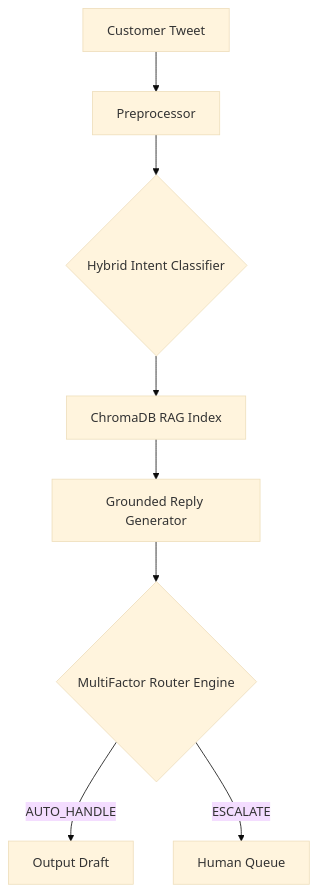
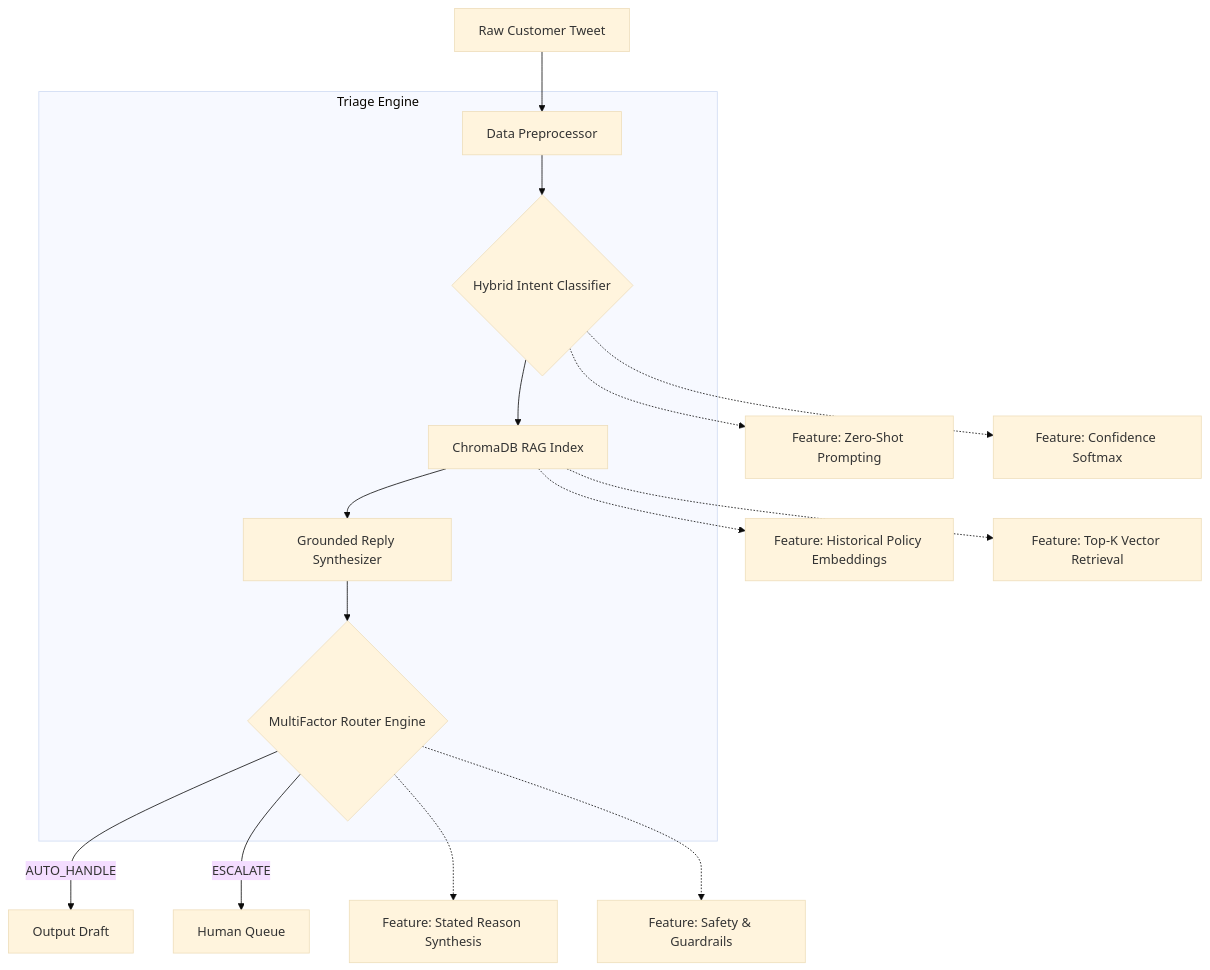
The diagram in README.md (Justinvcj/TripWire), drawn with Mermaid (base theme) before and after one commit. The commit also changed other lines of this file, not shown here.

````diff
--- a/README.md
+++ b/README.md
@@ -37,10 +39,28 @@
 ```mermaid
 flowchart TD
-    A[Customer Tweet] --> B[Preprocessor]
-    B --> C{Hybrid Intent Classifier}
-    C --> D[ChromaDB RAG Index]
-    D --> E[Grounded Reply Generator]
-    E --> F{MultiFactor Router Engine}
+    %% Main Flow
+    A[Raw Customer Tweet] --> B[Data Preprocessor]
+    
+    subgraph Triage Engine
+        B --> C{Hybrid Intent Classifier}
+        C --> D[ChromaDB RAG Index]
+        D --> E[Grounded Reply Synthesizer]
+        E --> F{MultiFactor Router Engine}
+    end
+    
+    %% Output Routing
     F -->|AUTO_HANDLE| G[Output Draft]
     F -->|ESCALATE| H[Human Queue]
+    
+    %% Internal Details
+    classDef primary fill:#f9f,stroke:#333,stroke-width:2px;
+    
+    C -.-> C1[Feature: Zero-Shot Prompting]
+    C -.-> C2[Feature: Confidence Softmax]
+    
+    D -.-> D1[Feature: Historical Policy Embeddings]
+    D -.-> D2[Feature: Top-K Vector Retrieval]
+    
+    F -.-> F1[Feature: Stated Reason Synthesis]
+    F -.-> F2[Feature: Safety & Guardrails]
 ```
````
